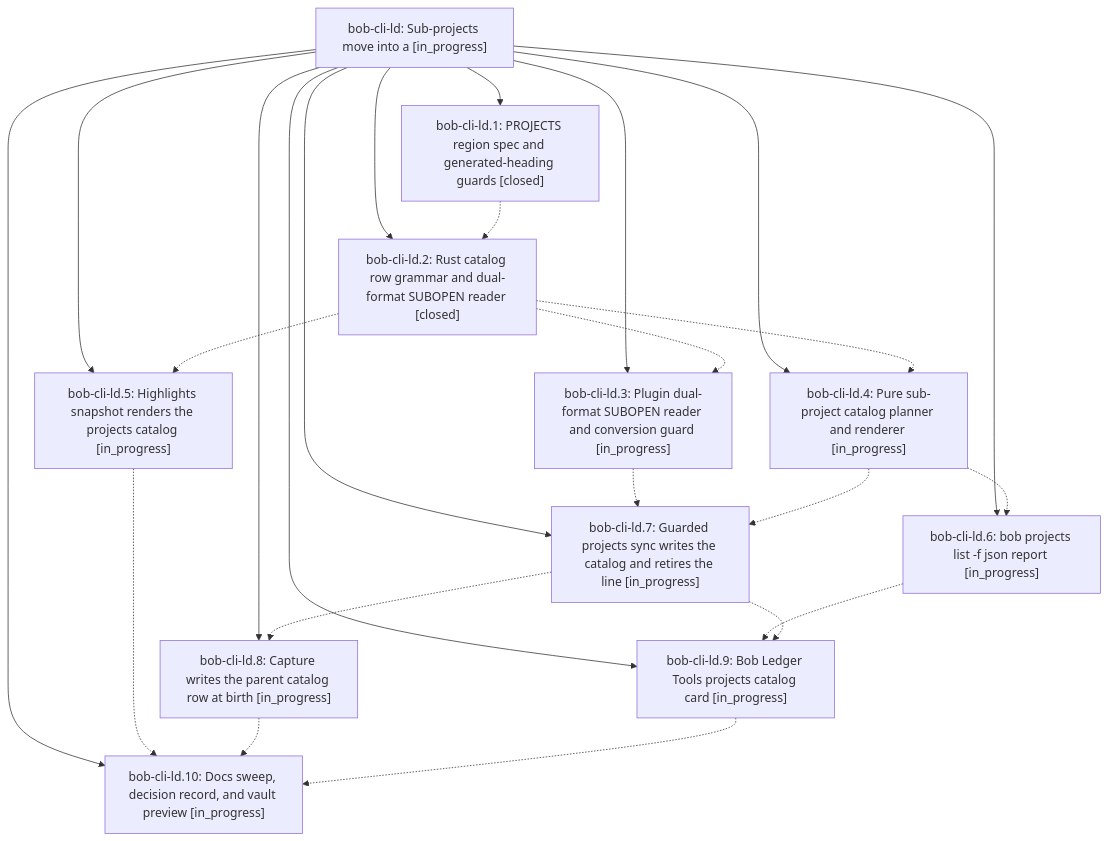
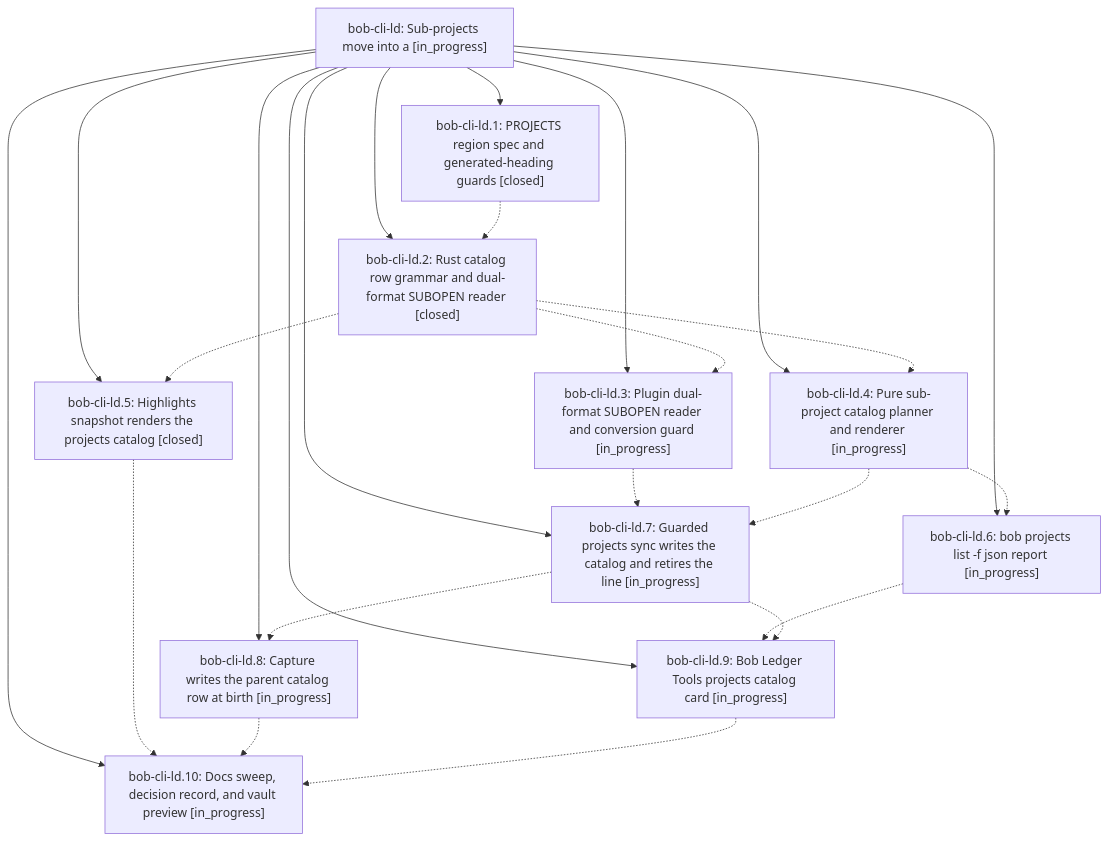
The diagram in pages/bob-cli-ld/README.md (bobs-org/bob-cli--beads), drawn with Mermaid before and after one commit. The commit also changed other lines of this file and 3 other files, not shown here.

First line of the commit message:
chore(beads): sync bead state and pages for bob-cli-ld

````diff
--- a/pages/bob-cli-ld/README.md
+++ b/pages/bob-cli-ld/README.md
@@ -45,37 +45,37 @@
 ```mermaid
 flowchart TD
     n0["bob-cli-ld: Sub-projects move into a [in_progress]"]
     n1["bob-cli-ld.1: PROJECTS region spec and generated-heading guards [closed]"]
     n2["bob-cli-ld.10: Docs sweep, decision record, and vault preview [in_progress]"]
     n3["bob-cli-ld.2: Rust catalog row grammar and dual-format SUBOPEN reader [closed]"]
     n4["bob-cli-ld.3: Plugin dual-format SUBOPEN reader and conversion guard [in_progress]"]
     n5["bob-cli-ld.4: Pure sub-project catalog planner and renderer [in_progress]"]
-    n6["bob-cli-ld.5: Highlights snapshot renders the projects catalog [in_progress]"]
+    n6["bob-cli-ld.5: Highlights snapshot renders the projects catalog [closed]"]
     n7["bob-cli-ld.6: bob projects list -f json report [in_progress]"]
     n8["bob-cli-ld.7: Guarded projects sync writes the catalog and retires the line [in_progress]"]
     n9["bob-cli-ld.8: Capture writes the parent catalog row at birth [in_progress]"]
     n10["bob-cli-ld.9: Bob Ledger Tools projects catalog card [in_progress]"]
     n0 --> n1
     n0 --> n2
     n0 --> n3
     n0 --> n4
     n0 --> n5
     n0 --> n6
     n0 --> n7
     n0 --> n8
     n0 --> n9
     n0 --> n10
     n1 -.-> n3
     n3 -.-> n4
     n3 -.-> n5
     n3 -.-> n6
     n4 -.-> n8
     n5 -.-> n7
     n5 -.-> n8
     n6 -.-> n2
     n7 -.-> n10
     n8 -.-> n9
     n8 -.-> n10
     n9 -.-> n2
     n10 -.-> n2
 ```
````
